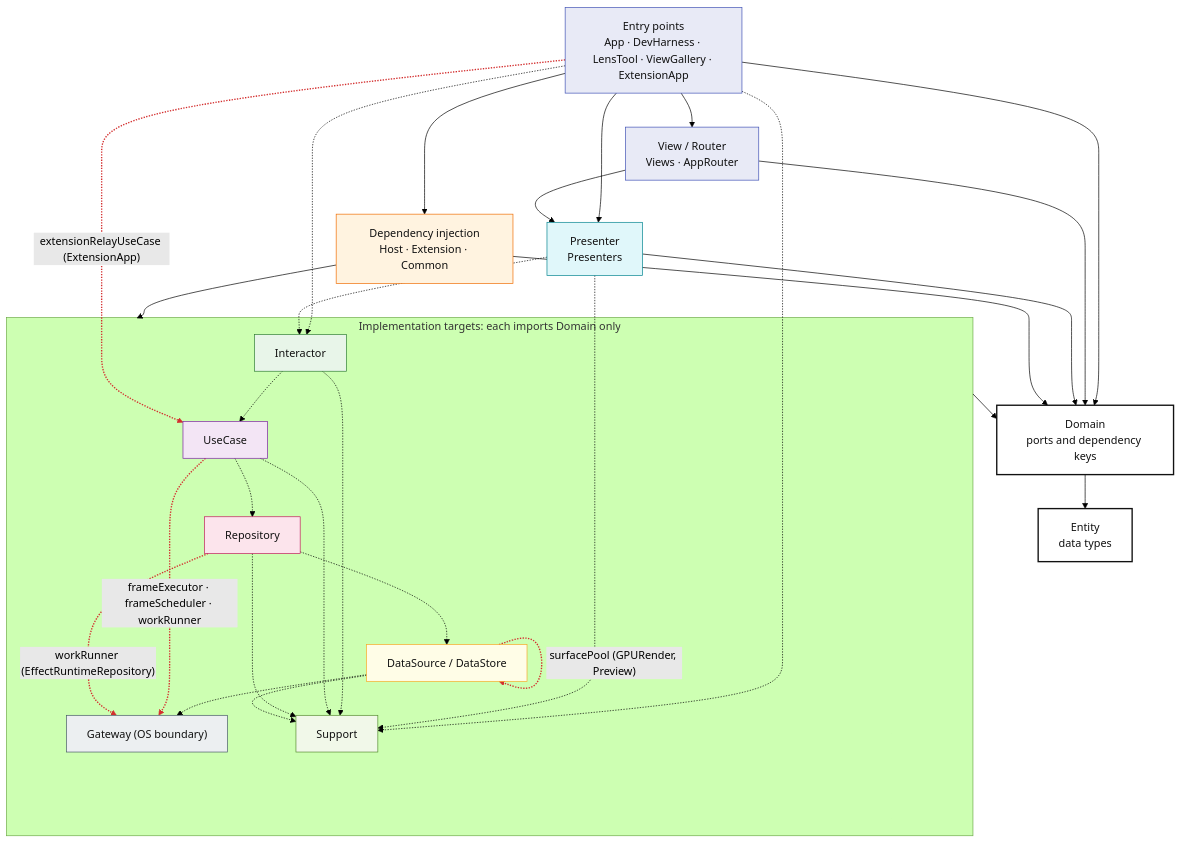
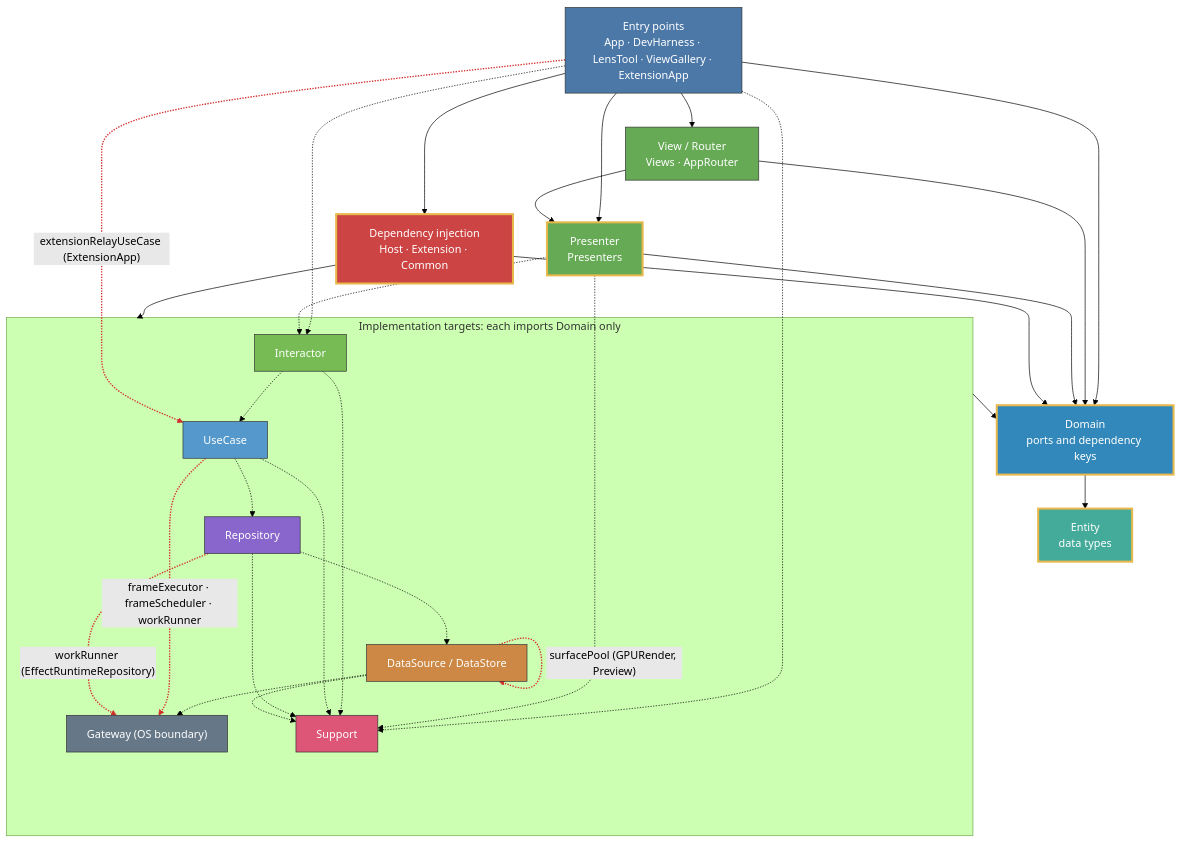
One commit to GeneralD/mirage changed the first of 8 diagrams in docs/ARCHITECTURE.md. Above: the diagram before and after it, drawn with Mermaid (forest theme). The commit also changed other lines of this file, not shown here.

First line of the commit message:
docs(architecture): colour the diagrams by layer as in lyra

````diff
--- a/docs/ARCHITECTURE.md
+++ b/docs/ARCHITECTURE.md
@@ -21,59 +21,60 @@
 ```mermaid
 graph TD
   Entry["Entry points<br/>App · DevHarness · LensTool · ViewGallery · ExtensionApp"]:::entry
   View["View / Router<br/>Views · AppRouter"]:::view
   Pres["Presenter<br/>Presenters"]:::pres
   DI["Dependency injection<br/>Host · Extension · Common"]:::di
   subgraph Impl["Implementation targets: each imports Domain only"]
     Inter["Interactor"]:::int
     UC["UseCase"]:::uc
     Repo["Repository"]:::repo
     DS["DataSource / DataStore"]:::ds
     GW["Gateway (OS boundary)"]:::gw
     Sup["Support"]:::sup
   end
-  Domain["Domain<br/>ports and dependency keys"]:::core
-  Entity["Entity<br/>data types"]:::core
+  Domain["Domain<br/>ports and dependency keys"]:::domain
+  Entity["Entity<br/>data types"]:::entity
 
   Entry --> View
   Entry --> Pres
   Entry --> DI
   View --> Pres
   DI --> Impl
   Entry --> Domain
   View --> Domain
   Pres --> Domain
   DI --> Domain
   Impl --> Domain
   Domain --> Entity
 
   Entry -.-> Inter
   Pres -.-> Inter
   Inter -.-> UC
   UC -.-> Repo
   Repo -.-> DS
   DS -.-> GW
   Entry -.-> Sup
   Pres -.-> Sup
   Inter -.-> Sup
   UC -.-> Sup
   Repo -.-> Sup
   DS -.-> Sup
   Entry -.->|"extensionRelayUseCase (ExtensionApp)"| UC
   UC -.->|"frameExecutor · frameScheduler · workRunner"| GW
   Repo -.->|"workRunner (EffectRuntimeRepository)"| GW
   DS -.->|"surfacePool (GPURender, Preview)"| DS
 
-  classDef entry fill:#e8eaf6,stroke:#3f51b5,color:#111
-  classDef view fill:#e8eaf6,stroke:#3f51b5,color:#111
-  classDef pres fill:#e0f7fa,stroke:#00838f,color:#111
-  classDef di fill:#fff3e0,stroke:#ef6c00,color:#111
-  classDef int fill:#e8f5e9,stroke:#2e7d32,color:#111
-  classDef uc fill:#f3e5f5,stroke:#7b1fa2,color:#111
-  classDef repo fill:#fce4ec,stroke:#c2185b,color:#111
-  classDef ds fill:#fffde7,stroke:#f9a825,color:#111
-  classDef gw fill:#eceff1,stroke:#455a64,color:#111
-  classDef sup fill:#f1f8e9,stroke:#558b2f,color:#111
-  classDef core fill:#fff,stroke:#111,color:#111,stroke-width:2px
+  classDef entry fill:#4c78a8,stroke:#333,color:#fff
+  classDef view fill:#6a5,stroke:#333,color:#fff
+  classDef pres fill:#6a5,stroke:#E9B84C,stroke-width:3px,color:#fff
+  classDef di fill:#c44,stroke:#E9B84C,stroke-width:3px,color:#fff
+  classDef int fill:#7b5,stroke:#333,color:#fff
+  classDef uc fill:#59c,stroke:#333,color:#fff
+  classDef repo fill:#86c,stroke:#333,color:#fff
+  classDef ds fill:#c84,stroke:#333,color:#fff
+  classDef gw fill:#678,stroke:#333,color:#fff
+  classDef sup fill:#d57,stroke:#333,color:#fff
+  classDef domain fill:#38b,stroke:#E9B84C,stroke-width:3px,color:#fff
+  classDef entity fill:#4a9,stroke:#E9B84C,stroke-width:3px,color:#fff
   linkStyle 23,24,25,26 stroke:#d32f2f,stroke-width:2px
 ```
````
